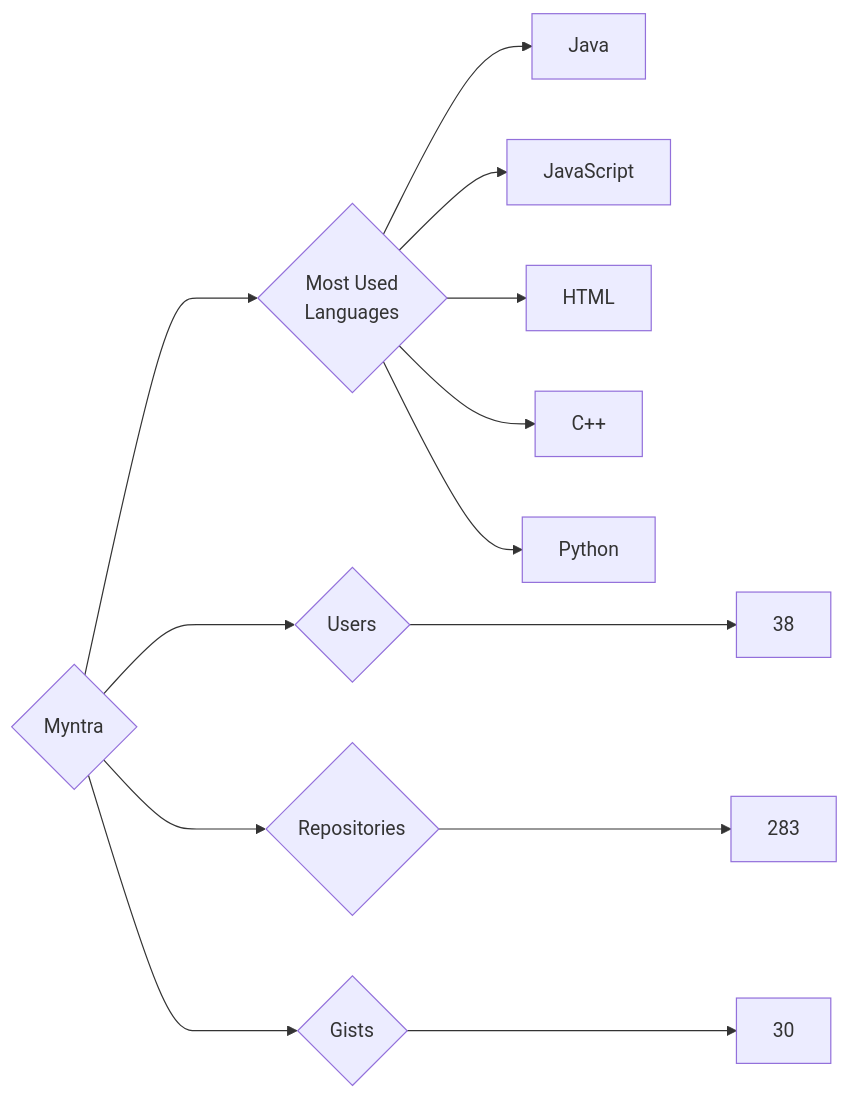
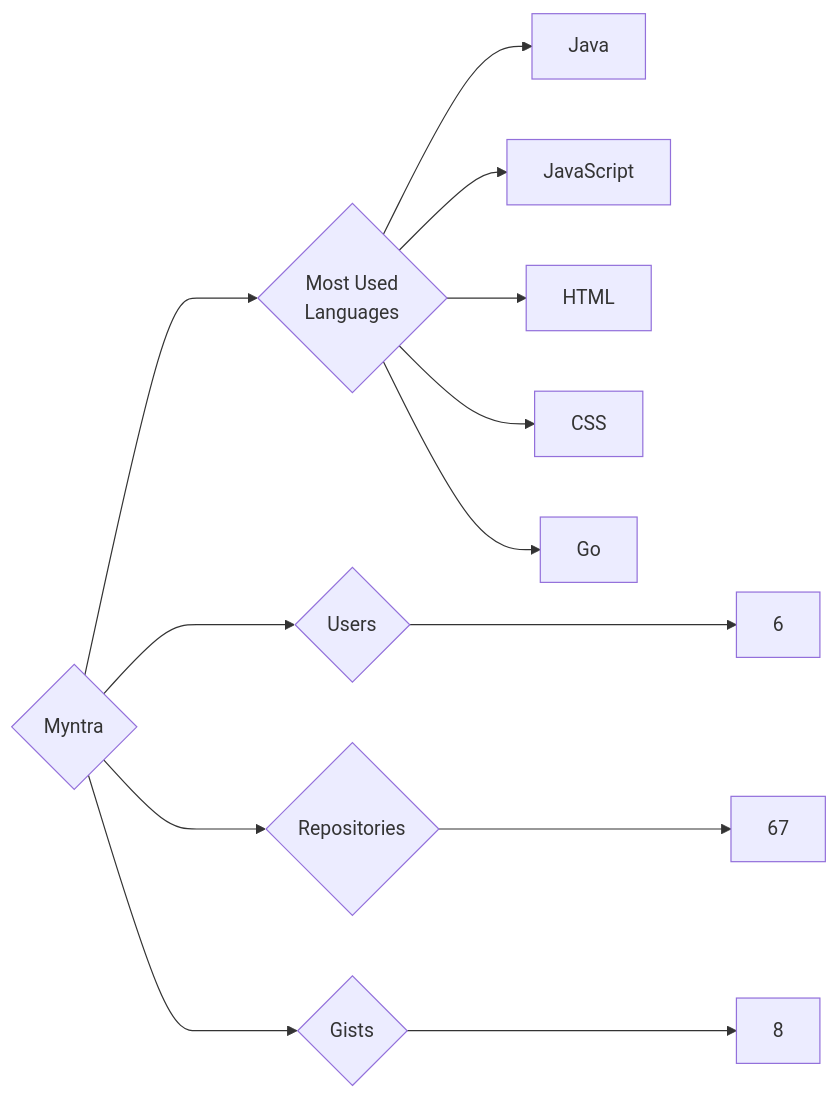
The diagram in targets/Myntra/README.md (trickest/insiders), drawn with Mermaid before and after one commit. The commit also changed 839 other files, not shown here.

````diff
--- a/targets/Myntra/README.md
+++ b/targets/Myntra/README.md
@@ -3,13 +3,13 @@
 ```mermaid
 graph LR
 COMPANY_NAME{Myntra}
-COMPANY_NAME ---> U{Users} ---> UN[38]
-COMPANY_NAME ---> R{Repositories} ---> RN[283]
-COMPANY_NAME ---> G{Gists} ---> GN[30]
+COMPANY_NAME ---> U{Users} ---> UN[6]
+COMPANY_NAME ---> R{Repositories} ---> RN[67]
+COMPANY_NAME ---> G{Gists} ---> GN[8]
 COMPANY_NAME ---> ML{Most Used<br>Languages}
 ML --> Java[Java]
 ML --> JavaScript[JavaScript]
 ML --> HTML[HTML]
-ML --> C++[C++]
-ML --> Python[Python]
+ML --> CSS[CSS]
+ML --> Go[Go]
 ```
````
